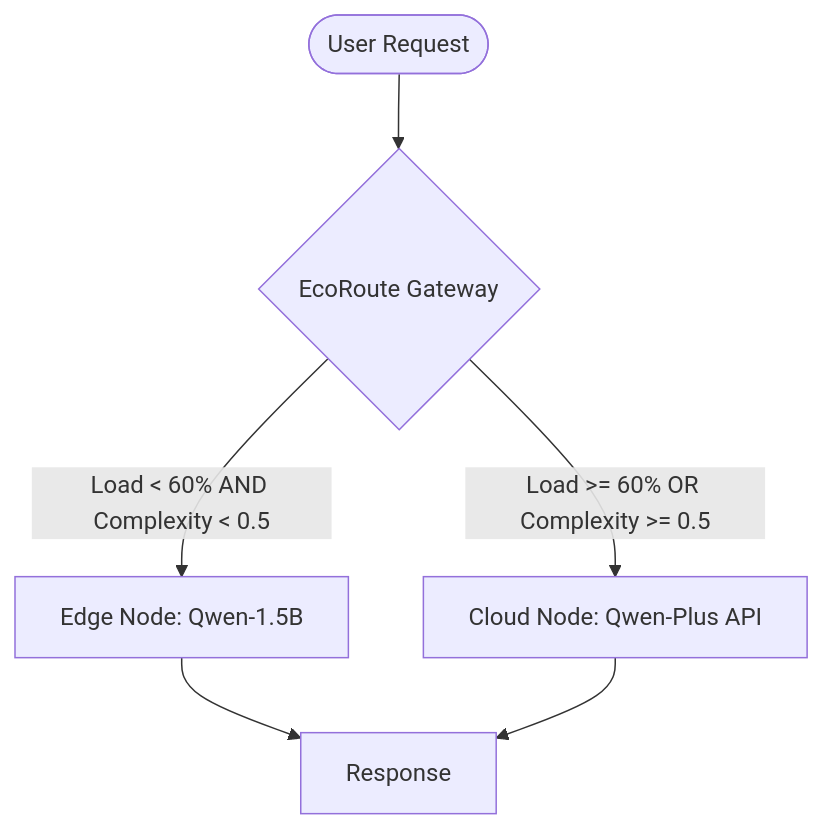
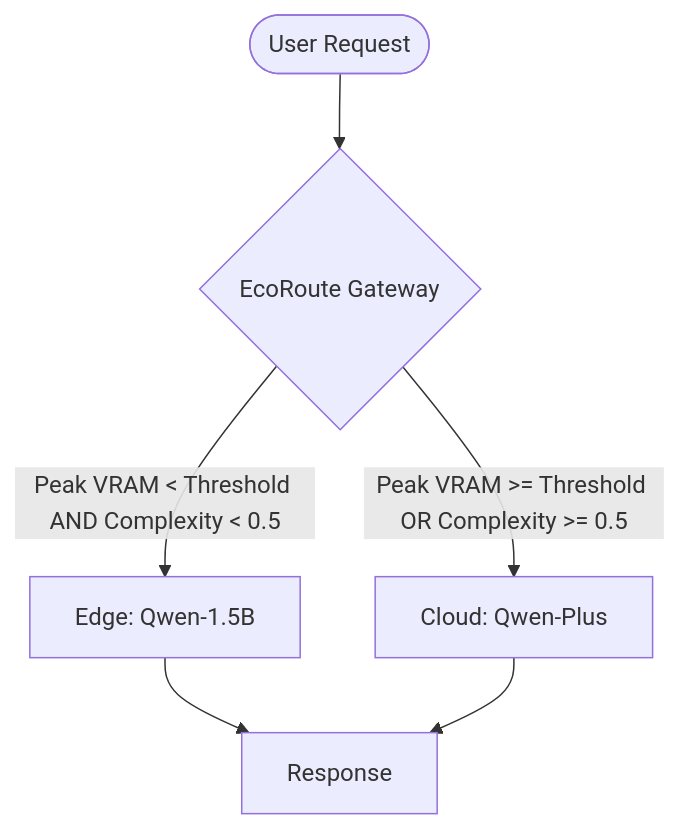
One commit to rrldl/litellm changed the diagram in READ_ME.md. Above: the diagram before and after it, drawn with Mermaid. The commit also changed other lines of this file and 4 other files, not shown here.

````diff
--- a/READ_ME.md
+++ b/READ_ME.md
@@ -23,8 +21,8 @@
 ```mermaid
 graph TD
     User([User Request]) --> Gateway{EcoRoute Gateway}
-    Gateway -- "Load < 60% AND Complexity < 0.5" --> Edge[Edge Node: Qwen-1.5B]
-    Gateway -- "Load >= 60% OR Complexity >= 0.5" --> Cloud[Cloud Node: Qwen-Plus API]
+    Gateway -- "Peak VRAM < Threshold AND Complexity < 0.5" --> Edge[Edge: Qwen-1.5B]
+    Gateway -- "Peak VRAM >= Threshold OR Complexity >= 0.5" --> Cloud[Cloud: Qwen-Plus]
     Edge --> Response
     Cloud --> Response
 ```
````
